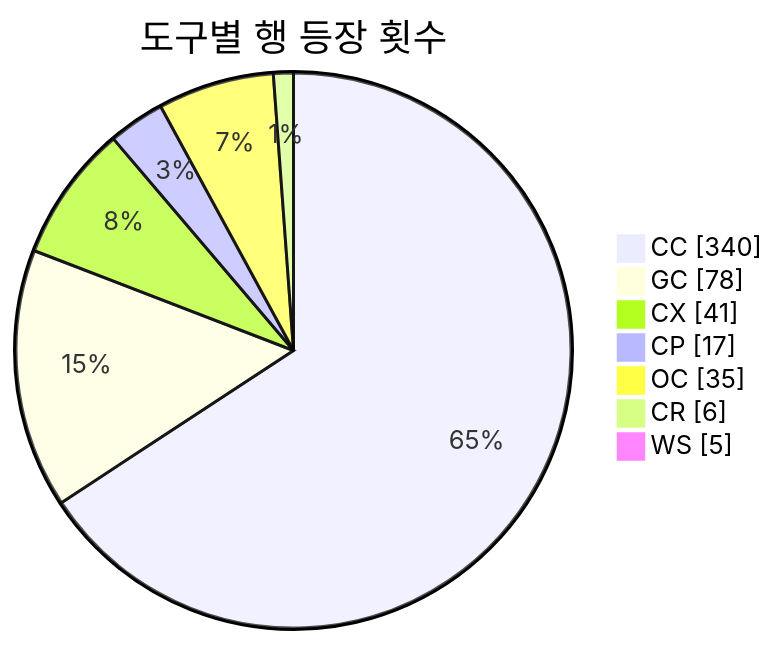
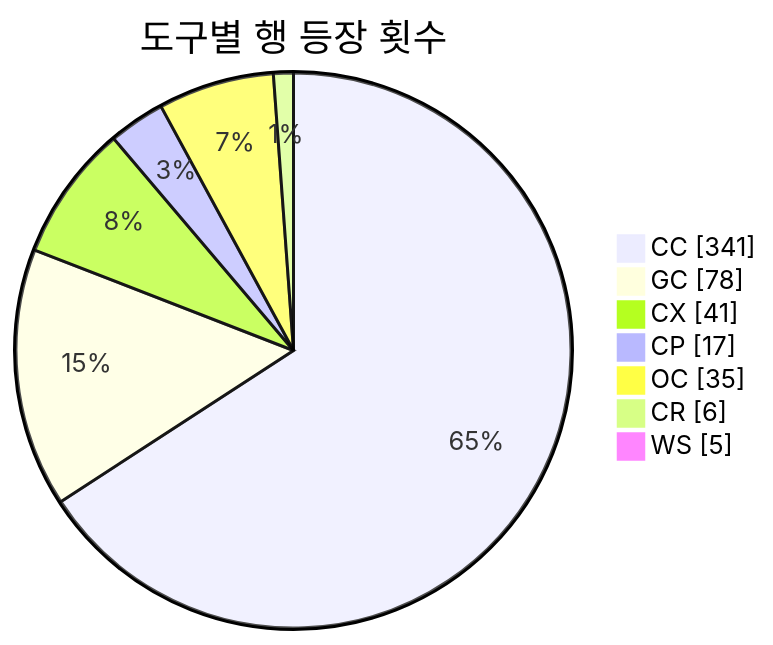
Before and after one commit to J-nowcow/awesome-korean-agent-skills: the second of 3 diagrams in README.md, drawn with Mermaid. The commit also changed other lines of this file and 28 other files, not shown here.

````diff
--- a/README.md
+++ b/README.md
@@ -193,11 +193,11 @@
 ```mermaid
 pie showData
     title 도구별 행 등장 횟수
-    "CC" : 340
+    "CC" : 341
     "GC" : 78
     "CX" : 41
     "CP" : 17
     "OC" : 35
     "CR" : 6
     "WS" : 5
 ```
````
